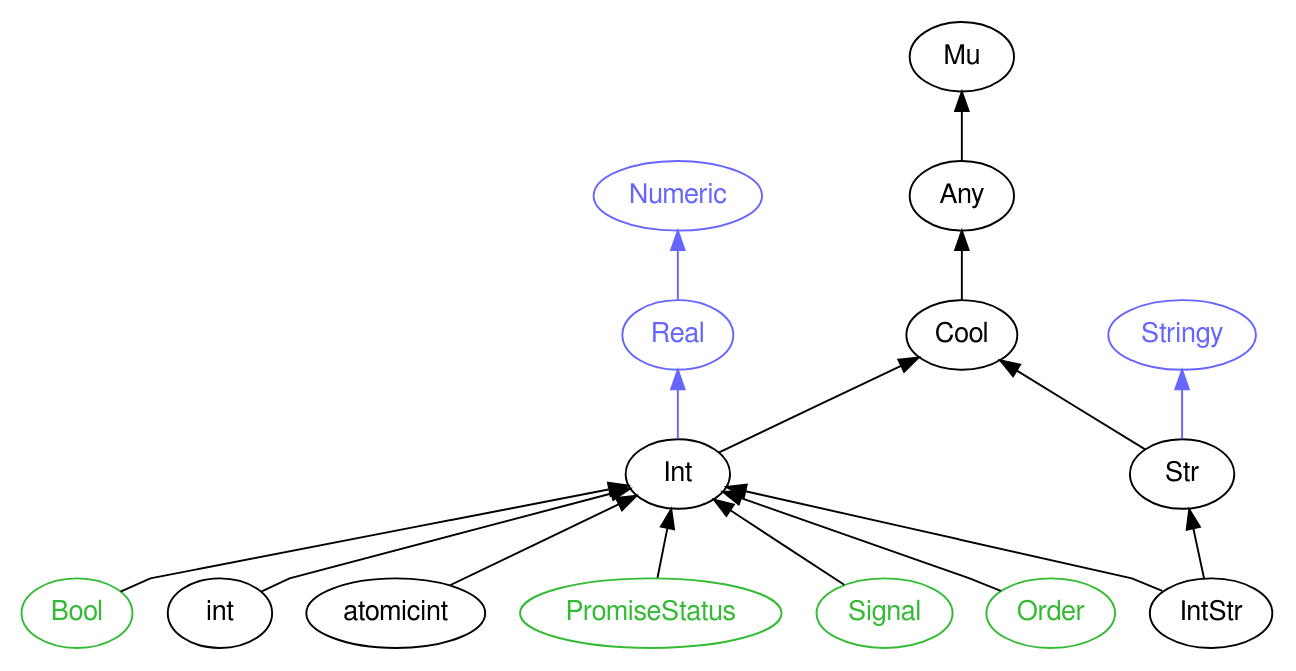
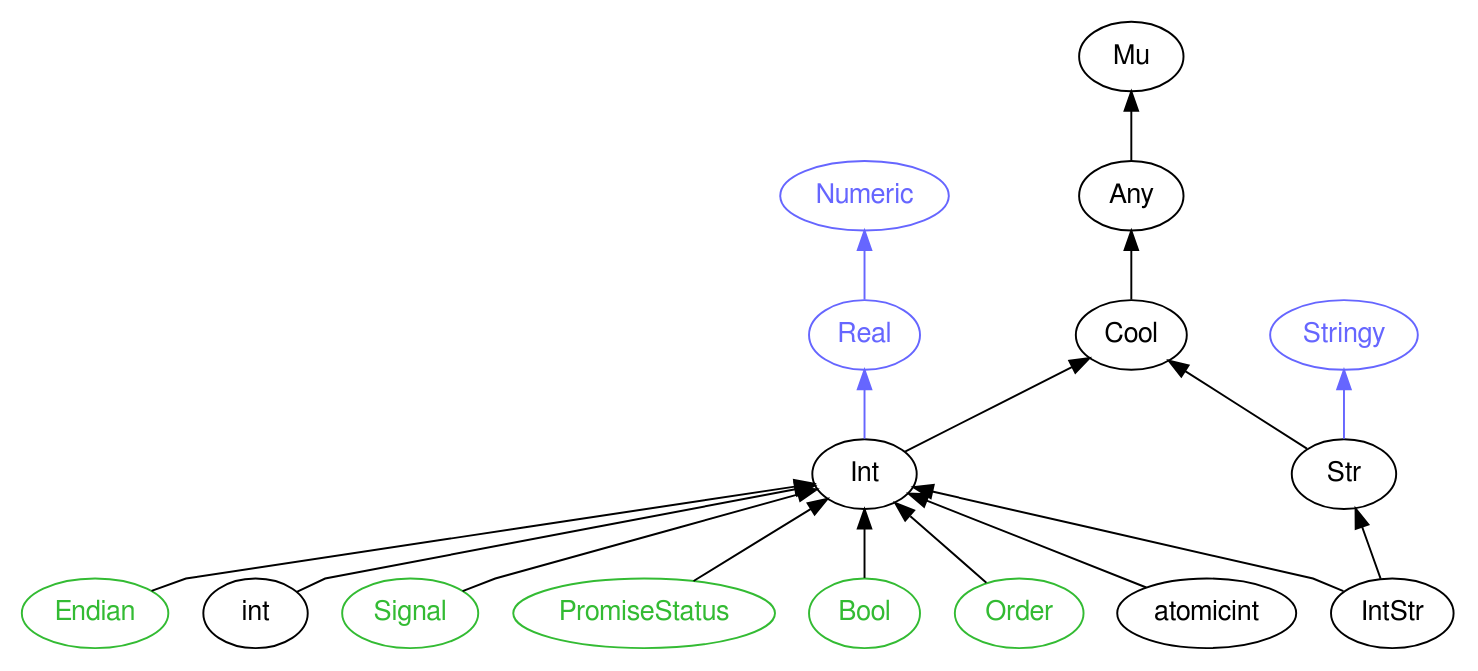
Before and after one commit to rakudocs/rakudocs.github.io: the diagram in images/type-graph-Int.svg.dot, drawn with Graphviz. The commit also changed 863 other files, not shown here.

```diff
--- a/images/type-graph-Int.svg.dot
+++ b/images/type-graph-Int.svg.dot
@@ -1,40 +1,42 @@
 digraph "perl6-type-graph" {
     rankdir=BT;
     splines=polyline;
     overlap=false; 
     // Types
     "Int" [color="#000000", fontcolor="#000000", href="/type/Int", fontname="FreeSans"];
     "Mu" [color="#000000", fontcolor="#000000", href="/type/Mu", fontname="FreeSans"];
     "Any" [color="#000000", fontcolor="#000000", href="/type/Any", fontname="FreeSans"];
     "Cool" [color="#000000", fontcolor="#000000", href="/type/Cool", fontname="FreeSans"];
     "Numeric" [color="#6666FF", fontcolor="#6666FF", href="/type/Numeric", fontname="FreeSans"];
     "Real" [color="#6666FF", fontcolor="#6666FF", href="/type/Real", fontname="FreeSans"];
-    "Bool" [color="#33BB33", fontcolor="#33BB33", href="/type/Bool", fontname="FreeSans"];
+    "Endian" [color="#33BB33", fontcolor="#33BB33", href="/type/Endian", fontname="FreeSans"];
     "int" [color="#000000", fontcolor="#000000", href="/type/int", fontname="FreeSans"];
-    "atomicint" [color="#000000", fontcolor="#000000", href="/type/atomicint", fontname="FreeSans"];
-    "PromiseStatus" [color="#33BB33", fontcolor="#33BB33", href="/type/PromiseStatus", fontname="FreeSans"];
+    "Signal" [color="#33BB33", fontcolor="#33BB33", href="/type/Signal", fontname="FreeSans"];
     "Stringy" [color="#6666FF", fontcolor="#6666FF", href="/type/Stringy", fontname="FreeSans"];
     "Str" [color="#000000", fontcolor="#000000", href="/type/Str", fontname="FreeSans"];
     "IntStr" [color="#000000", fontcolor="#000000", href="/type/IntStr", fontname="FreeSans"];
-    "Signal" [color="#33BB33", fontcolor="#33BB33", href="/type/Signal", fontname="FreeSans"];
+    "PromiseStatus" [color="#33BB33", fontcolor="#33BB33", href="/type/PromiseStatus", fontname="FreeSans"];
+    "Bool" [color="#33BB33", fontcolor="#33BB33", href="/type/Bool", fontname="FreeSans"];
     "Order" [color="#33BB33", fontcolor="#33BB33", href="/type/Order", fontname="FreeSans"];
+    "atomicint" [color="#000000", fontcolor="#000000", href="/type/atomicint", fontname="FreeSans"];
 
     // Superclasses
     "Int" -> "Cool" [color="#000000"];
     "Any" -> "Mu" [color="#000000"];
     "Cool" -> "Any" [color="#000000"];
-    "Bool" -> "Int" [color="#000000"];
+    "Endian" -> "Int" [color="#000000"];
     "int" -> "Int" [color="#000000"];
-    "atomicint" -> "Int" [color="#000000"];
-    "PromiseStatus" -> "Int" [color="#000000"];
+    "Signal" -> "Int" [color="#000000"];
     "Str" -> "Cool" [color="#000000"];
     "IntStr" -> "Int" [color="#000000"];
     "IntStr" -> "Str" [color="#000000"];
-    "Signal" -> "Int" [color="#000000"];
+    "PromiseStatus" -> "Int" [color="#000000"];
+    "Bool" -> "Int" [color="#000000"];
     "Order" -> "Int" [color="#000000"];
+    "atomicint" -> "Int" [color="#000000"];
 
     // Roles
     "Int" -> "Real" [color="#6666FF"];
     "Real" -> "Numeric" [color="#6666FF"];
     "Str" -> "Stringy" [color="#6666FF"];
 }
```
